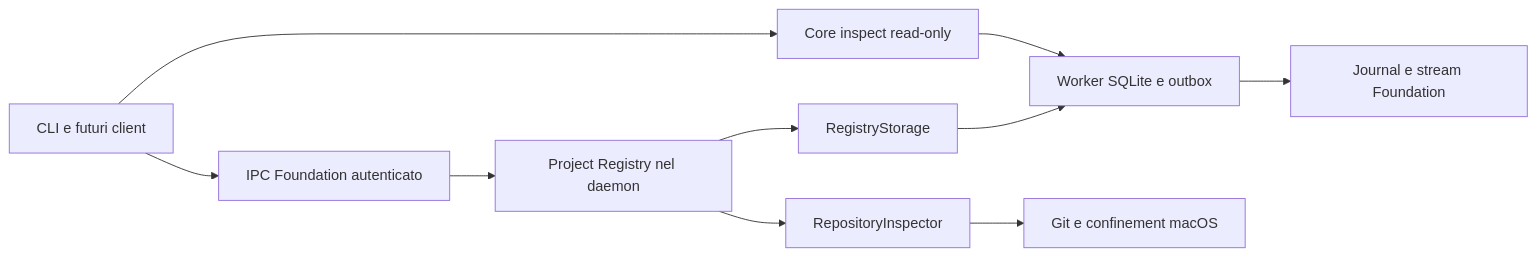
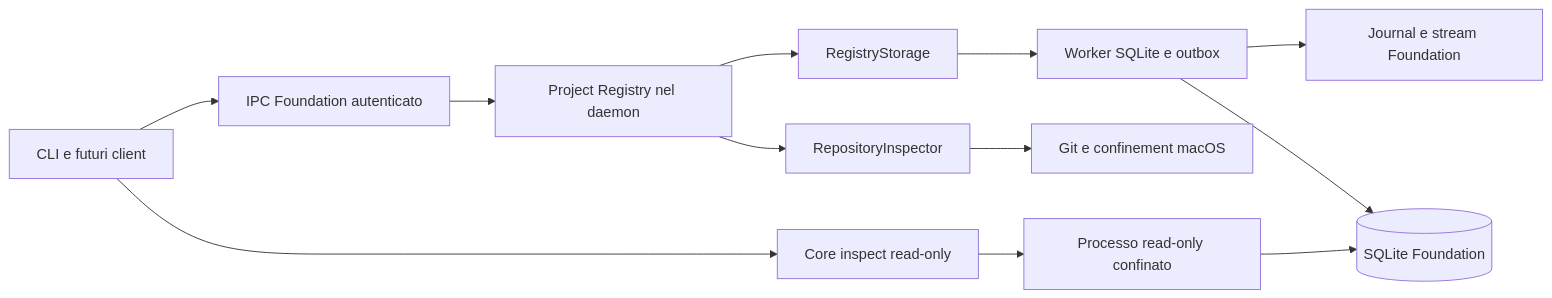
Before and after one commit to fabioaltea/maestro: the diagram in specs/002-project-registry/plan.md, drawn with Mermaid. The commit also changed other lines of this file and 31 other files, not shown here.

````diff
--- a/specs/002-project-registry/plan.md
+++ b/specs/002-project-registry/plan.md
@@ -77,12 +77,14 @@
 ```mermaid
 flowchart LR
   C[CLI e futuri client] --> T[IPC Foundation autenticato]
   T --> R[Project Registry nel daemon]
   R --> S[RegistryStorage]
   S --> W[Worker SQLite e outbox]
   W --> J[Journal e stream Foundation]
   R --> G[RepositoryInspector]
   G --> P[Git e confinement macOS]
   C --> O[Core inspect read-only]
-  O --> W
+  O --> RO[Processo read-only confinato]
+  RO --> DB[(SQLite Foundation)]
+  W --> DB
 ```
````
